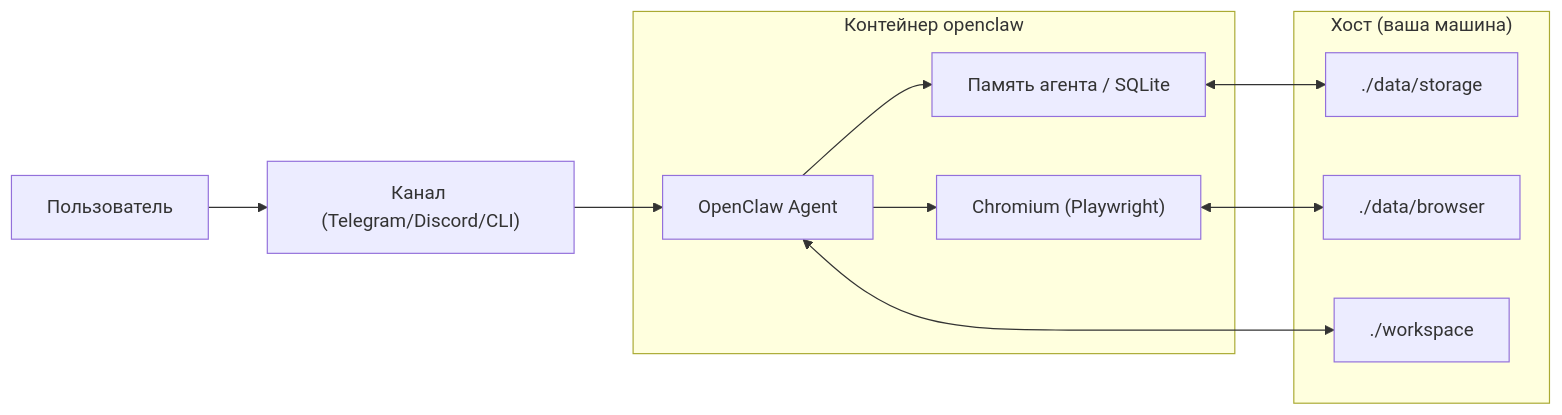
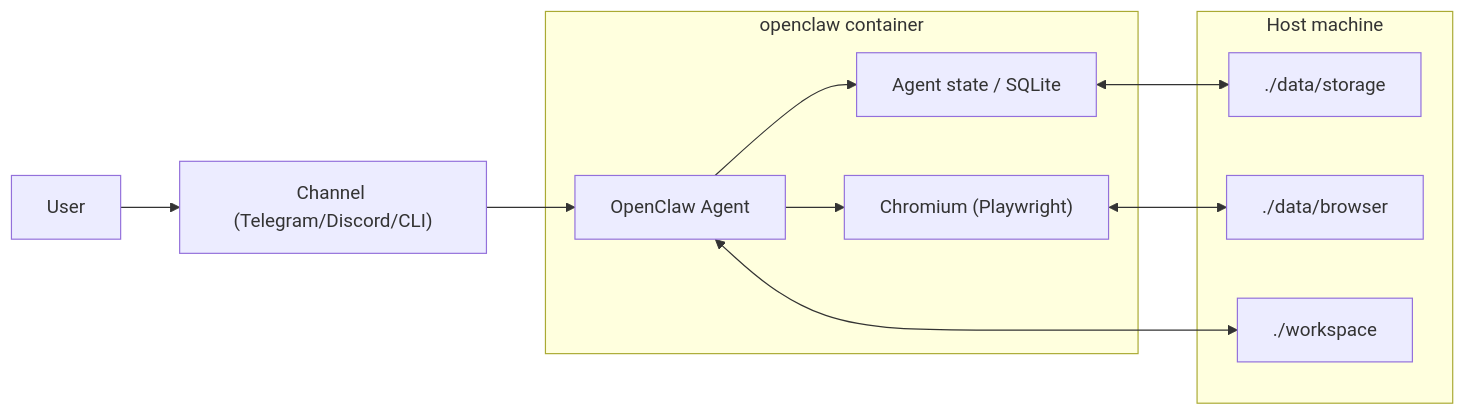
Before and after one commit to RuslanLizogub/openclaw-docker-sandbox: the first of 2 diagrams in README.md, drawn with Mermaid. The commit also changed other lines of this file and 5 other files, not shown here.

````diff
--- a/README.md
+++ b/README.md
@@ -13,24 +54,24 @@
 ```mermaid
 flowchart LR
-  U["Пользователь"]
-  CH["Канал (Telegram/Discord/CLI)"]
+  U["User"]
+  CH["Channel (Telegram/Discord/CLI)"]
 
-  subgraph C["Контейнер openclaw"]
+  subgraph C["openclaw container"]
     A["OpenClaw Agent"]
     B["Chromium (Playwright)"]
-    D["Память агента / SQLite"]
+    D["Agent state / SQLite"]
   end
 
-  subgraph H["Хост (ваша машина)"]
+  subgraph H["Host machine"]
     S["./data/storage"]
     P["./data/browser"]
     W["./workspace"]
   end
 
   U --> CH --> A
   A --> B
   A --> D
   D <--> S
   B <--> P
   A <--> W
 ```
````
